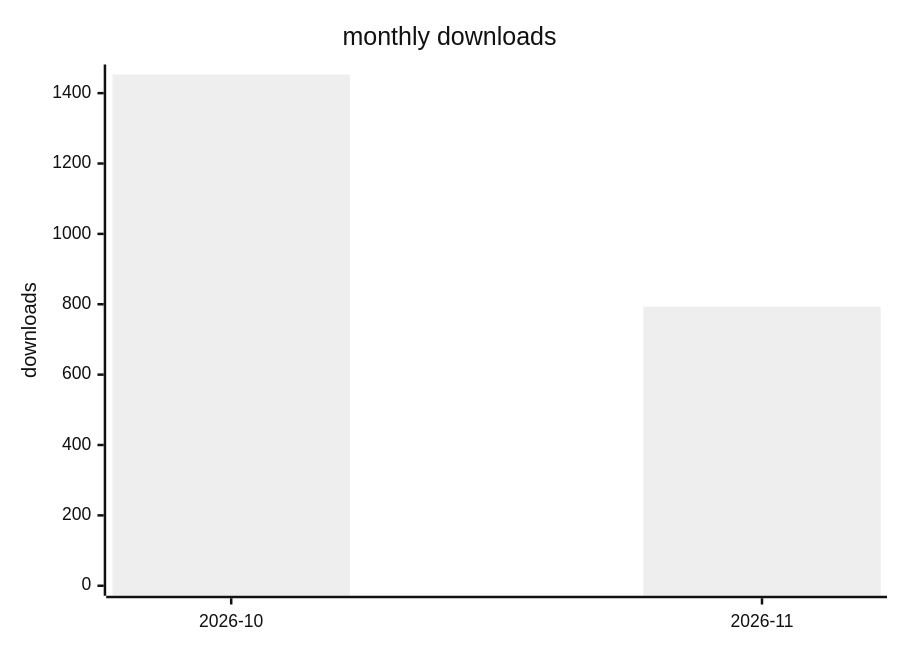
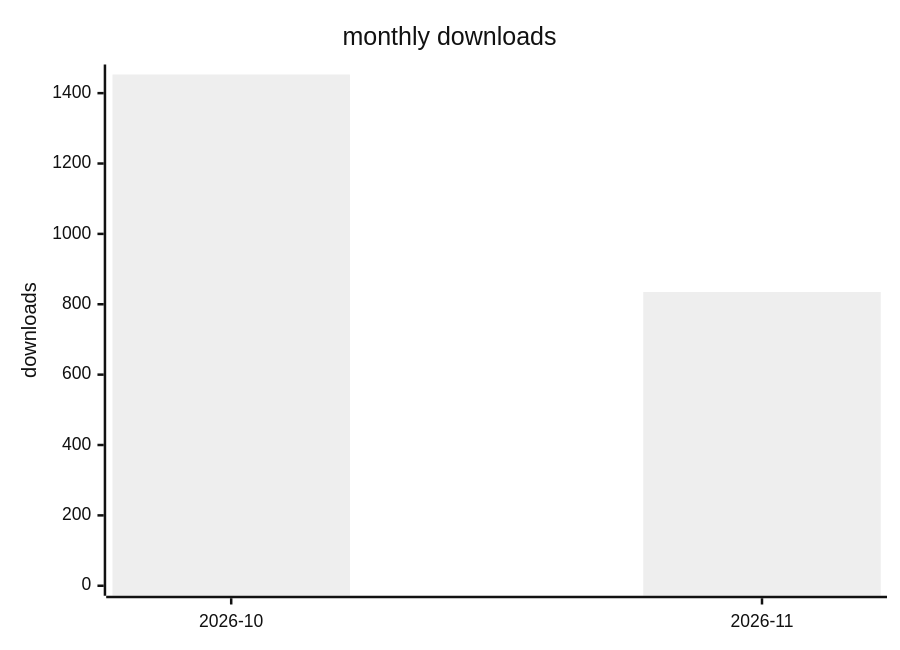
One commit to terry2010/dsh-loop-recover changed the second of 2 diagrams in docs/downloads-2026.md. Above: the diagram before and after it, drawn with Mermaid (neutral theme). The commit also changed other lines of this file and 1 other file, not shown here.

````diff
--- a/docs/downloads-2026.md
+++ b/docs/downloads-2026.md
@@ -29,7 +29,7 @@
 ```mermaid
 xychart-beta
     title "monthly downloads"
     x-axis ["2026-10", "2026-11"]
     y-axis "downloads" 0 --> 1453
-    bar [1453, 793]
+    bar [1453, 835]
 ```
````
